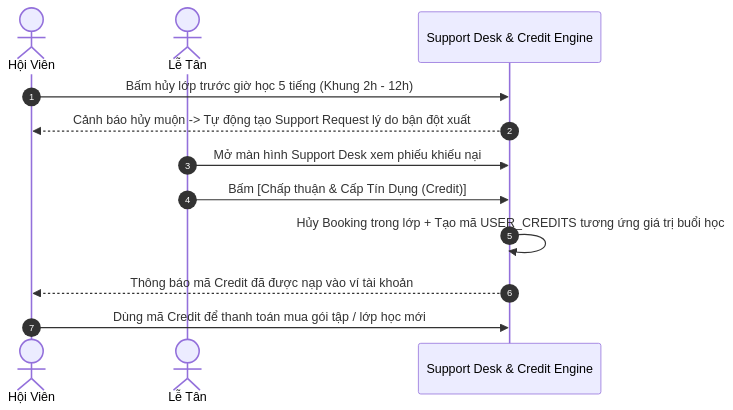
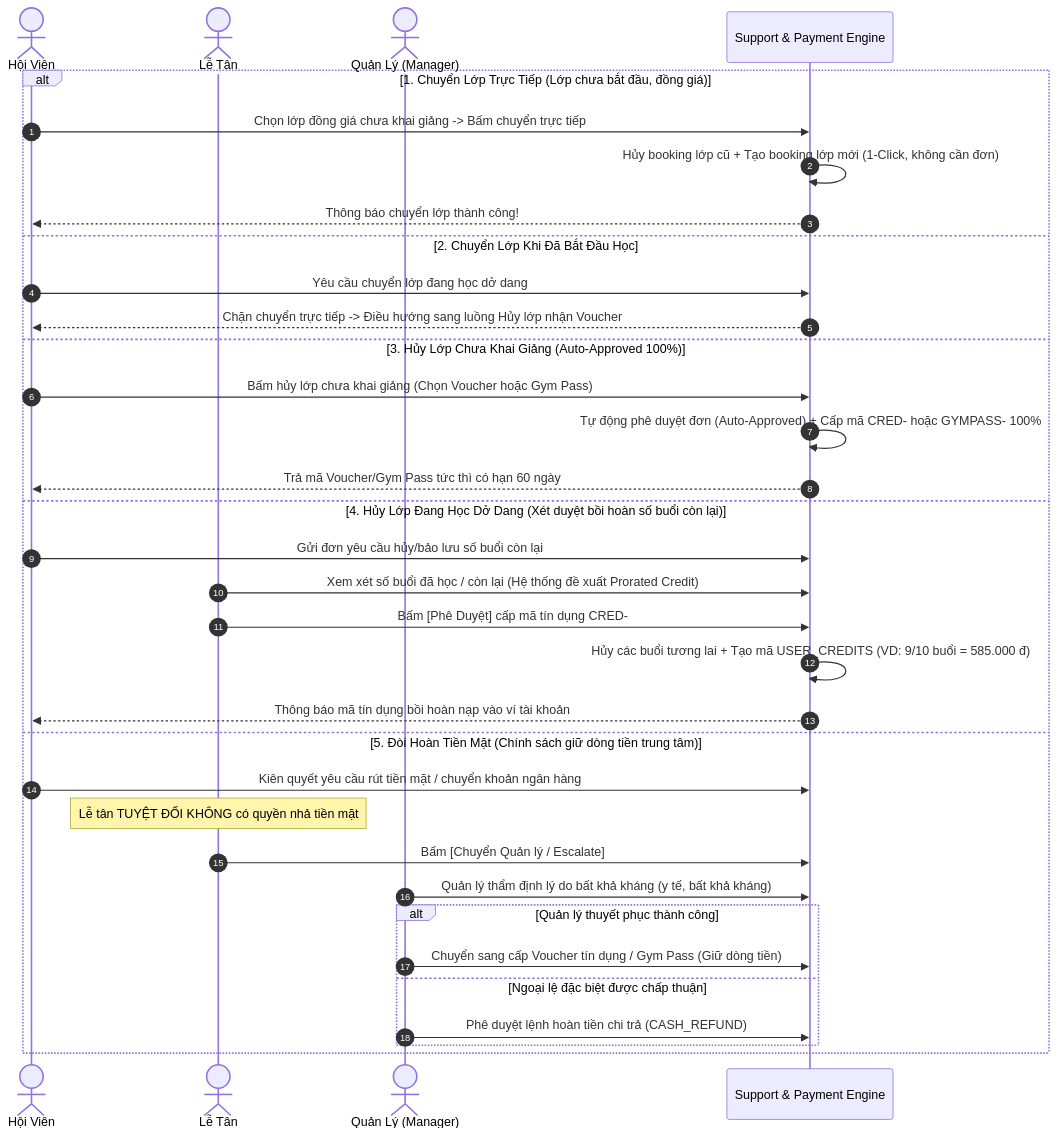
The third of 3 diagrams in BUSINESS_ARCHITECTURE_AND_ROLE_MATRIX.md (DinDin2312/SWP391-team-4), drawn with Mermaid before and after one commit. The commit also changed other lines of this file and 1 other file, not shown here.

Commit message:
docs(workflows): standardize class transfer, cancellation, gym pass dual-purpose and cash retention policies

````diff
--- a/BUSINESS_ARCHITECTURE_AND_ROLE_MATRIX.md
+++ b/BUSINESS_ARCHITECTURE_AND_ROLE_MATRIX.md
@@ -193,15 +193,37 @@
 ```mermaid
 sequenceDiagram
     autonumber
     actor M as Hội Viên
     actor R as Lễ Tân
-    participant S as Support Desk & Credit Engine
+    actor CM as Quản Lý (Manager)
+    participant S as Support & Payment Engine
 
-    M->>S: Bấm hủy lớp trước giờ học 5 tiếng (Khung 2h - 12h)
-    S-->>M: Cảnh báo hủy muộn -> Tự động tạo Support Request lý do bận đột xuất
-    R->>S: Mở màn hình Support Desk xem phiếu khiếu nại
-    R->>S: Bấm [Chấp thuận & Cấp Tín Dụng (Credit)]
-    S->>S: Hủy Booking trong lớp + Tạo mã USER_CREDITS tương ứng giá trị buổi học
-    S-->>M: Thông báo mã Credit đã được nạp vào ví tài khoản
-    M->>S: Dùng mã Credit để thanh toán mua gói tập / lớp học mới
+    alt 1. Chuyển Lớp Trực Tiếp (Lớp chưa bắt đầu, đồng giá)
+        M->>S: Chọn lớp đồng giá chưa khai giảng -> Bấm chuyển trực tiếp
+        S->>S: Hủy booking lớp cũ + Tạo booking lớp mới (1-Click, không cần đơn)
+        S-->>M: Thông báo chuyển lớp thành công!
+    else 2. Chuyển Lớp Khi Đã Bắt Đầu Học
+        M->>S: Yêu cầu chuyển lớp đang học dở dang
+        S-->>M: Chặn chuyển trực tiếp -> Điều hướng sang luồng Hủy lớp nhận Voucher
+    else 3. Hủy Lớp Chưa Khai Giảng (Auto-Approved 100%)
+        M->>S: Bấm hủy lớp chưa khai giảng (Chọn Voucher hoặc Gym Pass)
+        S->>S: Tự động phê duyệt đơn (Auto-Approved) + Cấp mã CRED- hoặc GYMPASS- 100%
+        S-->>M: Trả mã Voucher/Gym Pass tức thì có hạn 60 ngày
+    else 4. Hủy Lớp Đang Học Dở Dang (Xét duyệt bồi hoàn số buổi còn lại)
+        M->>S: Gửi đơn yêu cầu hủy/bảo lưu số buổi còn lại
+        R->>S: Xem xét số buổi đã học / còn lại (Hệ thống đề xuất Prorated Credit)
+        R->>S: Bấm [Phê Duyệt] cấp mã tín dụng CRED-
+        S->>S: Hủy các buổi tương lai + Tạo mã USER_CREDITS (VD: 9/10 buổi = 585.000 đ)
+        S-->>M: Thông báo mã tín dụng bồi hoàn nạp vào ví tài khoản
+    else 5. Đòi Hoàn Tiền Mặt (Chính sách giữ dòng tiền trung tâm)
+        M->>S: Kiên quyết yêu cầu rút tiền mặt / chuyển khoản ngân hàng
+        Note over R: Lễ tân TUYỆT ĐỐI KHÔNG có quyền nhả tiền mặt
+        R->>S: Bấm [Chuyển Quản lý / Escalate]
+        CM->>S: Quản lý thẩm định lý do bất khả kháng (y tế, bất khả kháng)
+        alt Quản lý thuyết phục thành công
+            CM->>S: Chuyển sang cấp Voucher tín dụng / Gym Pass (Giữ dòng tiền)
+        else Ngoại lệ đặc biệt được chấp thuận
+            CM->>S: Phê duyệt lệnh hoàn tiền chi trả (CASH_REFUND)
+        end
+    end
 ```
````
